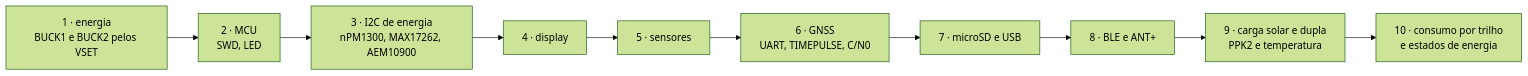
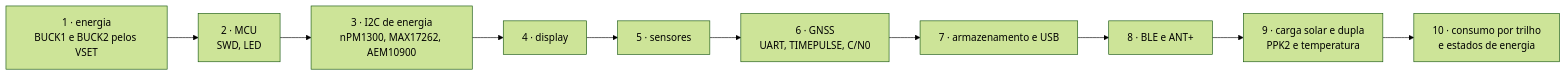
Before and after one commit to Guiimartinho/gnss-bike-computer: the third of 3 diagrams in docs/14-hardware-placa-nova.md, drawn with Mermaid (forest theme). The commit also changed other lines of this file and 11 other files, not shown here.

````diff
--- a/docs/14-hardware-placa-nova.md
+++ b/docs/14-hardware-placa-nova.md
@@ -262,12 +275,12 @@
 ```mermaid
 flowchart LR
     A["1 · energia<br/>BUCK1 e BUCK2 pelos VSET"] --> B["2 · MCU<br/>SWD, LED"]
     B --> C["3 · I2C de energia<br/>nPM1300, MAX17262, AEM10900"]
     C --> D["4 · display"]
     D --> E["5 · sensores"]
     E --> F["6 · GNSS<br/>UART, TIMEPULSE, C/N0"]
-    F --> G["7 · microSD e USB"]
+    F --> G["7 · armazenamento e USB"]
     G --> H["8 · BLE e ANT+"]
     H --> I["9 · carga solar e dupla<br/>PPK2 e temperatura"]
     I --> J["10 · consumo por trilho<br/>e estados de energia"]
 ```
````
